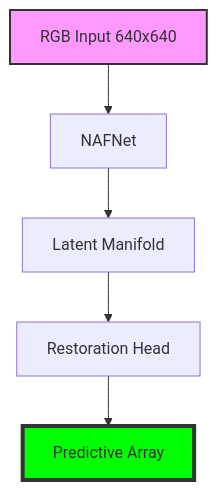
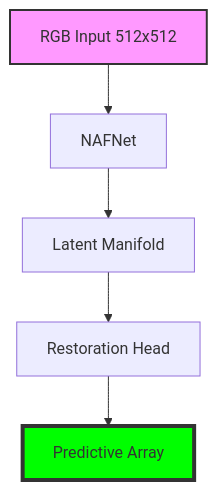
One commit to lemgenda/lemgendary-pretrained-models changed the diagram in nafnet_denoising/README.md. Above: the diagram before and after it, drawn with Mermaid. The commit also changed other lines of this file and 22 other files, not shown here.

````diff
--- a/nafnet_denoising/README.md
+++ b/nafnet_denoising/README.md
@@ -17,10 +16,10 @@
 ```mermaid
 graph TD
-    Input[RGB Input 640x640] --> Backbone[NAFNet]
+    Input[RGB Input 512x512] --> Backbone[NAFNet]
     Backbone --> Manifold[Latent Manifold]
     Manifold --> Head[Restoration Head]
     Head --> Output[Predictive Array]
     
     style Input fill:#f9f,stroke:#333,stroke-width:2px
     style Output fill:#00ff00,stroke:#333,stroke-width:4px
 ```
````
